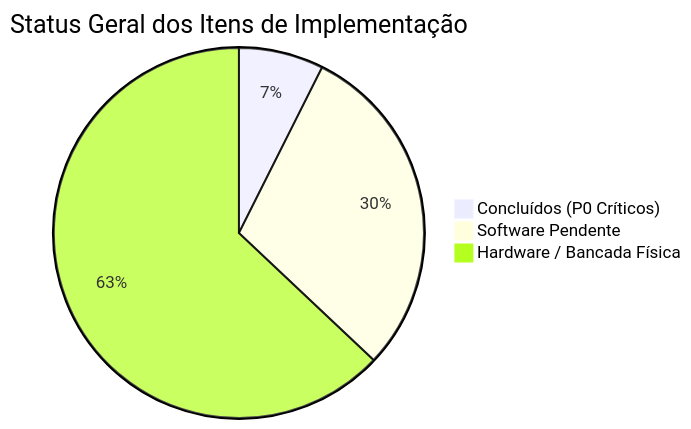
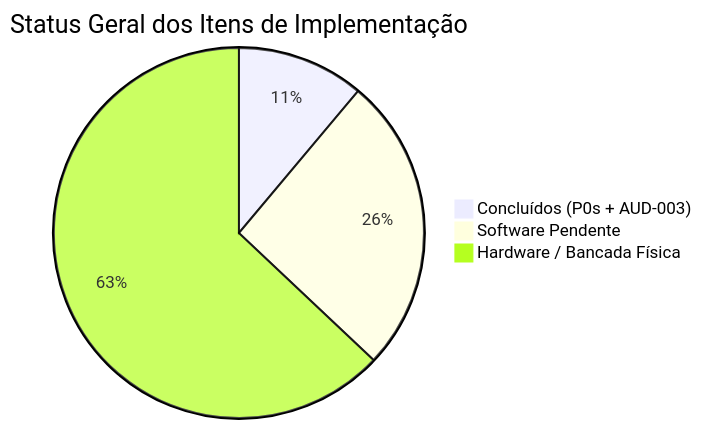
The first of 3 diagrams in Windows_app/docs/IMPLEMENTATION_STEPS.md (VitorMazziero/OpenTEC-Hub), drawn with Mermaid before and after one commit. The commit also changed other lines of this file and 13 other files, not shown here.

````diff
--- a/Windows_app/docs/IMPLEMENTATION_STEPS.md
+++ b/Windows_app/docs/IMPLEMENTATION_STEPS.md
@@ -50,6 +50,6 @@
 ```mermaid
 pie title Status Geral dos Itens de Implementação
-    "Concluídos (P0 Críticos)" : 2
-    "Software Pendente" : 8
+    "Concluídos (P0s + AUD-003)" : 3
+    "Software Pendente" : 7
     "Hardware / Bancada Física" : 17
 ```
````
